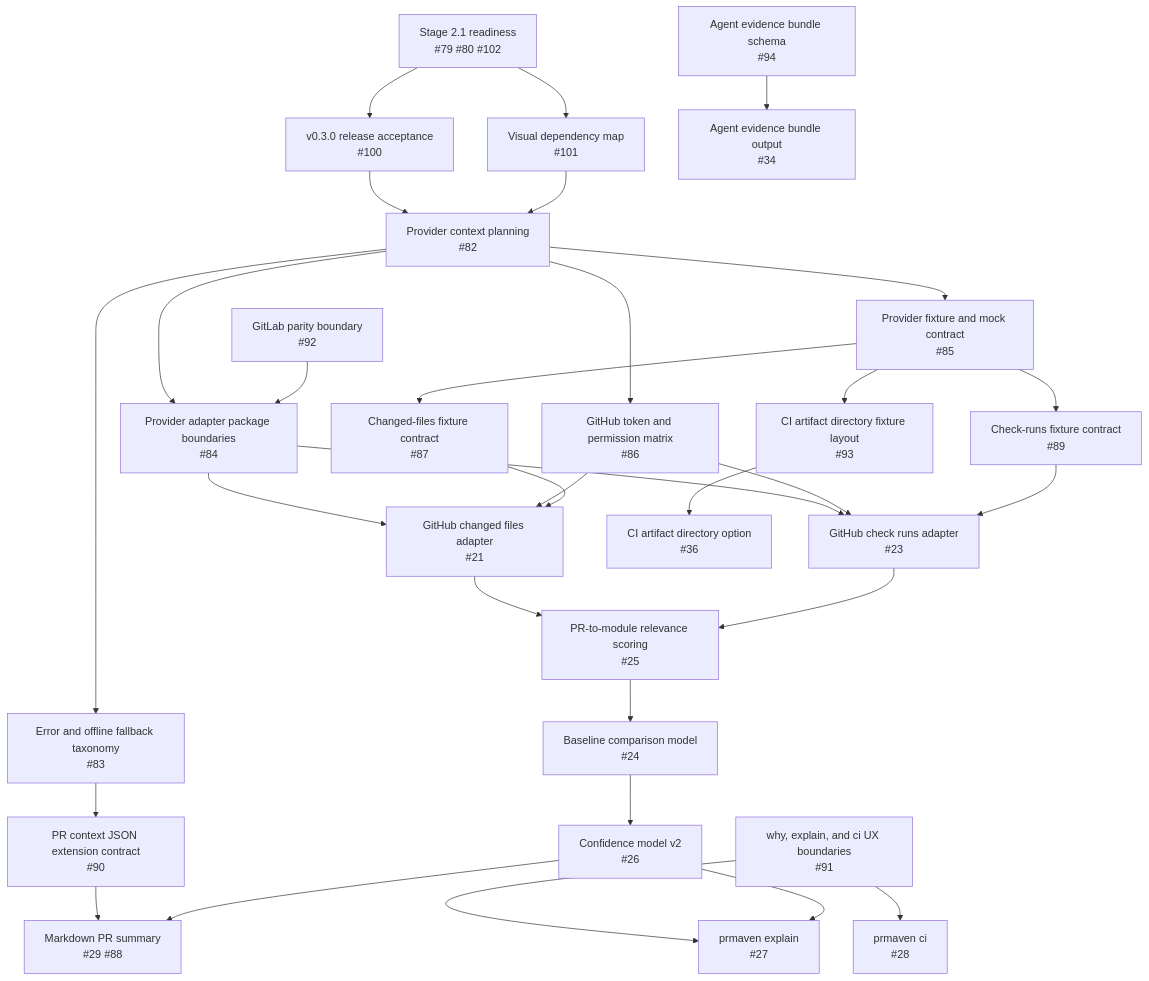
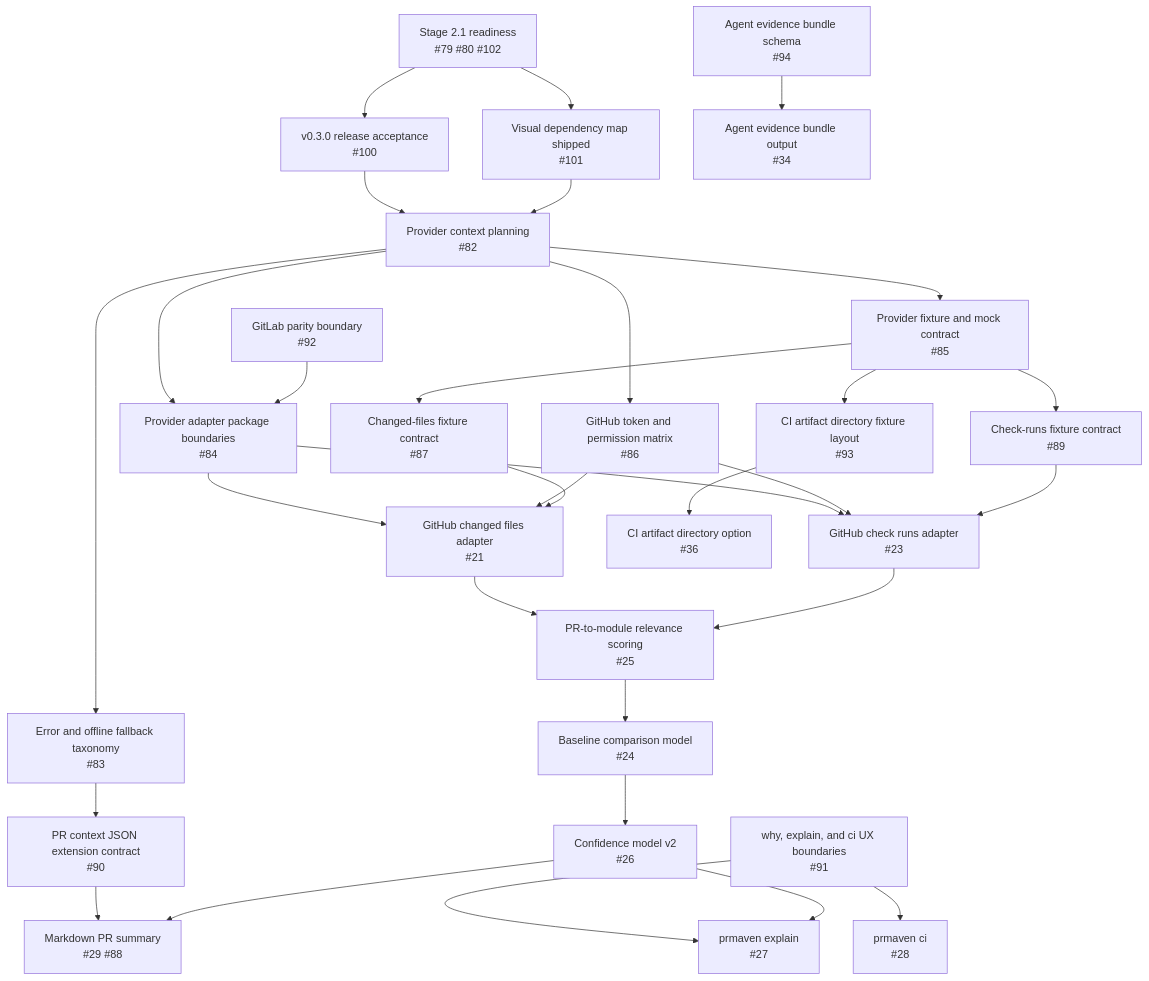
One commit to pr-cli/pr-maven-cli changed the fourth of 6 diagrams in docs/project-visual-map.md. Above: the diagram before and after it, drawn with Mermaid. The commit also changed other lines of this file and 9 other files, not shown here.

````diff
--- a/docs/project-visual-map.md
+++ b/docs/project-visual-map.md
@@ -78,60 +78,60 @@
 ```mermaid
 flowchart TD
     R0["Stage 2.1 readiness\n#79 #80 #102"]
     R1["v0.3.0 release acceptance\n#100"]
-    R2["Visual dependency map\n#101"]
+    R2["Visual dependency map shipped\n#101"]
     P0["Provider context planning\n#82"]
     P1["Error and offline fallback taxonomy\n#83"]
     P2["Provider adapter package boundaries\n#84"]
     P3["Provider fixture and mock contract\n#85"]
     P4["GitHub token and permission matrix\n#86"]
     F1["Changed-files fixture contract\n#87"]
     F2["Check-runs fixture contract\n#89"]
     J1["PR context JSON extension contract\n#90"]
     UX["why, explain, and ci UX boundaries\n#91"]
     CI["CI artifact directory fixture layout\n#93"]
     AG["Agent evidence bundle schema\n#94"]
     GL["GitLab parity boundary\n#92"]
 
     GH1["GitHub changed files adapter\n#21"]
     GH2["GitHub check runs adapter\n#23"]
     BASE["Baseline comparison model\n#24"]
     SCORE["PR-to-module relevance scoring\n#25"]
     CONF["Confidence model v2\n#26"]
     EXPLAIN["prmaven explain\n#27"]
     CICMD["prmaven ci\n#28"]
     MD["Markdown PR summary\n#29 #88"]
     BUNDLE["Agent evidence bundle output\n#34"]
     ART["CI artifact directory option\n#36"]
 
     R0 --> R1
     R0 --> R2
     R1 --> P0
     R2 --> P0
     P0 --> P1
     P0 --> P2
     P0 --> P3
     P0 --> P4
     P1 --> J1
     P2 --> GH1
     P2 --> GH2
     P3 --> F1
     P3 --> F2
     P3 --> CI
     P4 --> GH1
     P4 --> GH2
     F1 --> GH1
     F2 --> GH2
     J1 --> MD
     UX --> EXPLAIN
     UX --> CICMD
     CI --> ART
     AG --> BUNDLE
     GL --> P2
     GH1 --> SCORE
     GH2 --> SCORE
     SCORE --> BASE
     BASE --> CONF
     CONF --> EXPLAIN
     CONF --> MD
 ```
````
